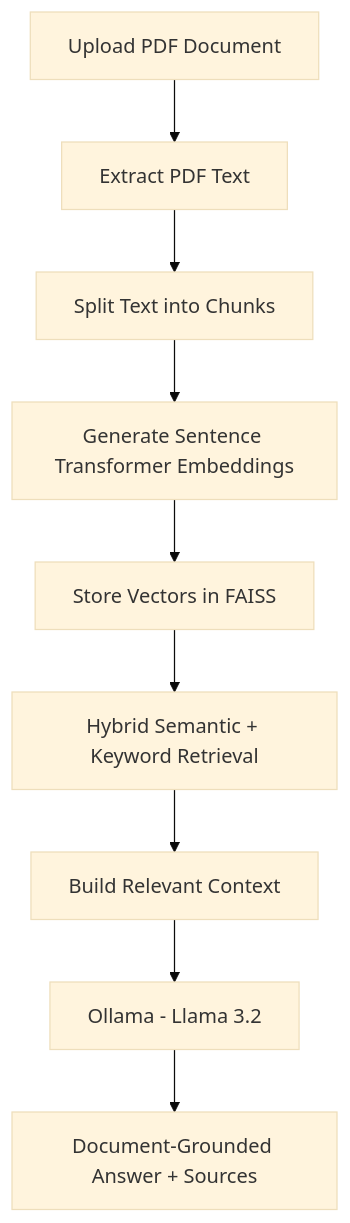
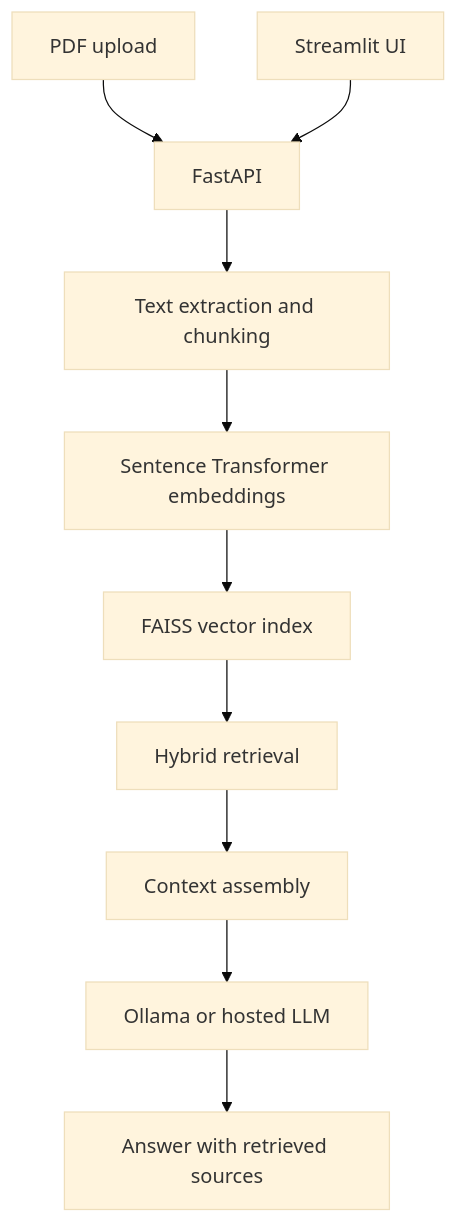
Before and after one commit to MirMehdi05/ai-document-intelligence: the diagram in README.md, drawn with Mermaid (base theme). The commit also changed other lines of this file, not shown here.

````diff
--- a/README.md
+++ b/README.md
@@ -53,11 +31,12 @@
 ```mermaid
 flowchart TD
-    A["Upload PDF Document"] --> B["Extract PDF Text"]
-    B --> C["Split Text into Chunks"]
-    C --> D["Generate Sentence Transformer Embeddings"]
-    D --> E["Store Vectors in FAISS"]
-    E --> F["Hybrid Semantic + Keyword Retrieval"]
-    F --> G["Build Relevant Context"]
-    G --> H["Ollama - Llama 3.2"]
-    H --> I["Document-Grounded Answer + Sources"]
+    A["PDF upload"] --> B["FastAPI"]
+    B --> C["Text extraction and chunking"]
+    C --> D["Sentence Transformer embeddings"]
+    D --> E["FAISS vector index"]
+    E --> F["Hybrid retrieval"]
+    F --> G["Context assembly"]
+    G --> H["Ollama or hosted LLM"]
+    H --> I["Answer with retrieved sources"]
+    J["Streamlit UI"] --> B
 ```
````
